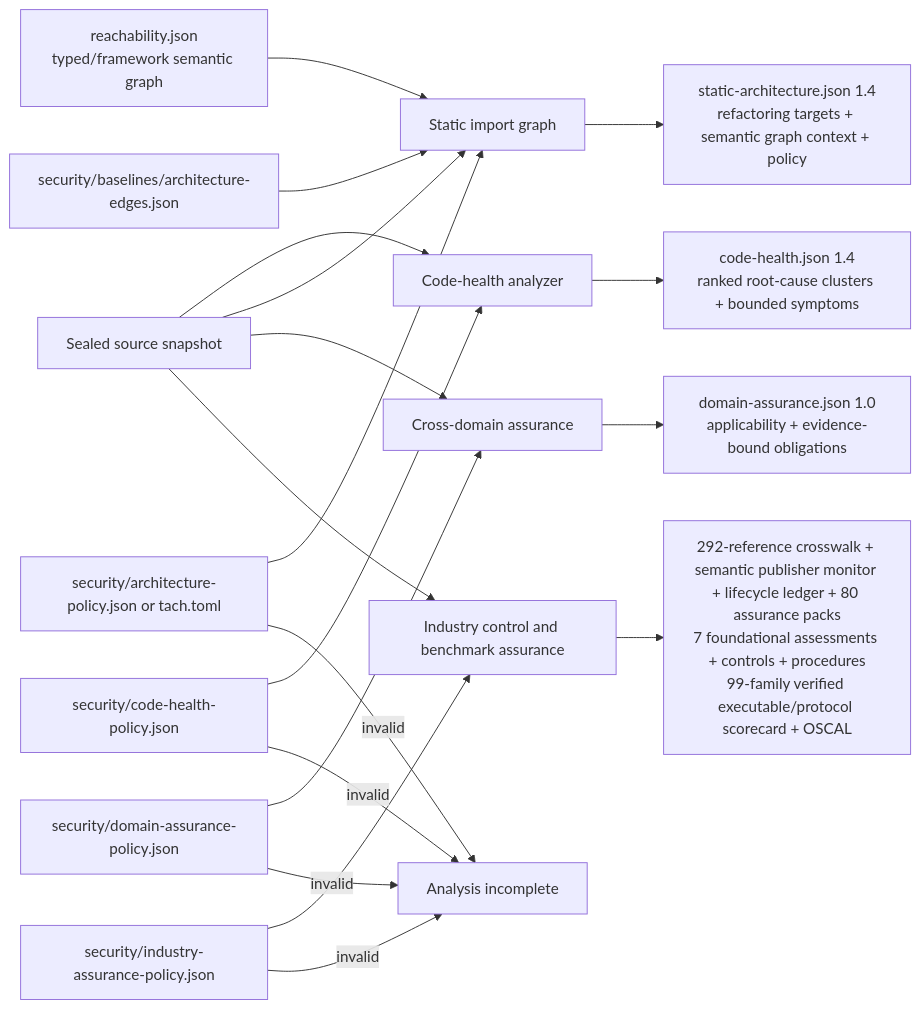
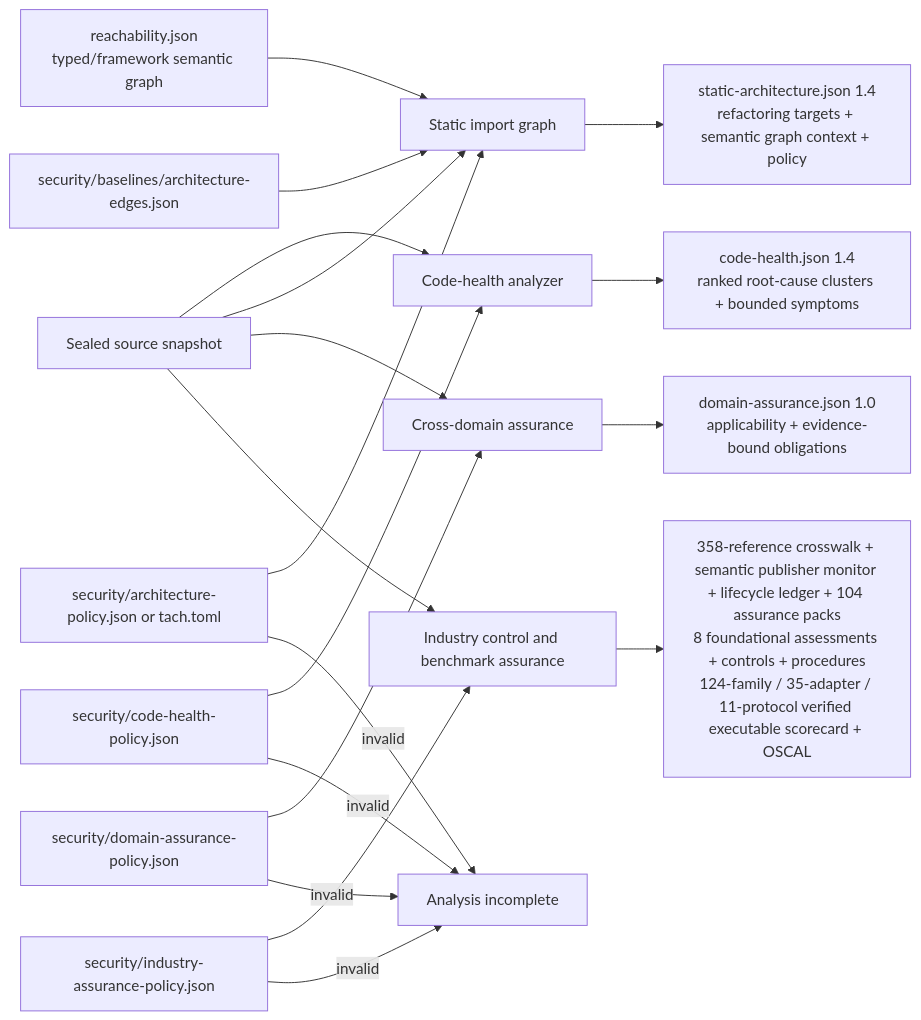
The third of 3 diagrams in docs/configuration.md (willtran87/project-py-security-suite), drawn with Mermaid before and after one commit. The commit also changed 23 other files, not shown here.

Commit message:
Expand industry assurance standards and benchmarks

````diff
--- a/docs/configuration.md
+++ b/docs/configuration.md
@@ -132,21 +132,21 @@
 ```mermaid
 flowchart LR
     Snapshot["Sealed source snapshot"] --> Health["Code-health analyzer"]
     HealthPolicy["security/code-health-policy.json"] --> Health
     Snapshot --> Graph["Static import graph"]
     Reachability["reachability.json<br/>typed/framework semantic graph"] --> Graph
     ArchitecturePolicy["security/architecture-policy.json or tach.toml"] --> Graph
     EdgeBaseline["security/baselines/architecture-edges.json"] --> Graph
     Snapshot --> Domains["Cross-domain assurance"]
     DomainPolicy["security/domain-assurance-policy.json"] --> Domains
     Snapshot --> Industry["Industry control and benchmark assurance"]
     IndustryPolicy["security/industry-assurance-policy.json"] --> Industry
     Health --> HealthArtifact["code-health.json 1.4<br/>ranked root-cause clusters + bounded symptoms"]
     Graph --> ArchitectureArtifact["static-architecture.json 1.4<br/>refactoring targets + semantic graph context + policy"]
     Domains --> DomainArtifact["domain-assurance.json 1.0<br/>applicability + evidence-bound obligations"]
-    Industry --> IndustryArtifacts["292-reference crosswalk + semantic publisher monitor + lifecycle ledger + 80 assurance packs<br/>7 foundational assessments + controls + procedures<br/>99-family verified executable/protocol scorecard + OSCAL"]
+    Industry --> IndustryArtifacts["358-reference crosswalk + semantic publisher monitor + lifecycle ledger + 104 assurance packs<br/>8 foundational assessments + controls + procedures<br/>124-family / 35-adapter / 11-protocol verified executable scorecard + OSCAL"]
     HealthPolicy -->|"invalid"| Incomplete["Analysis incomplete"]
     ArchitecturePolicy -->|"invalid"| Incomplete
     DomainPolicy -->|"invalid"| Incomplete
     IndustryPolicy -->|"invalid"| Incomplete
 ```
````
